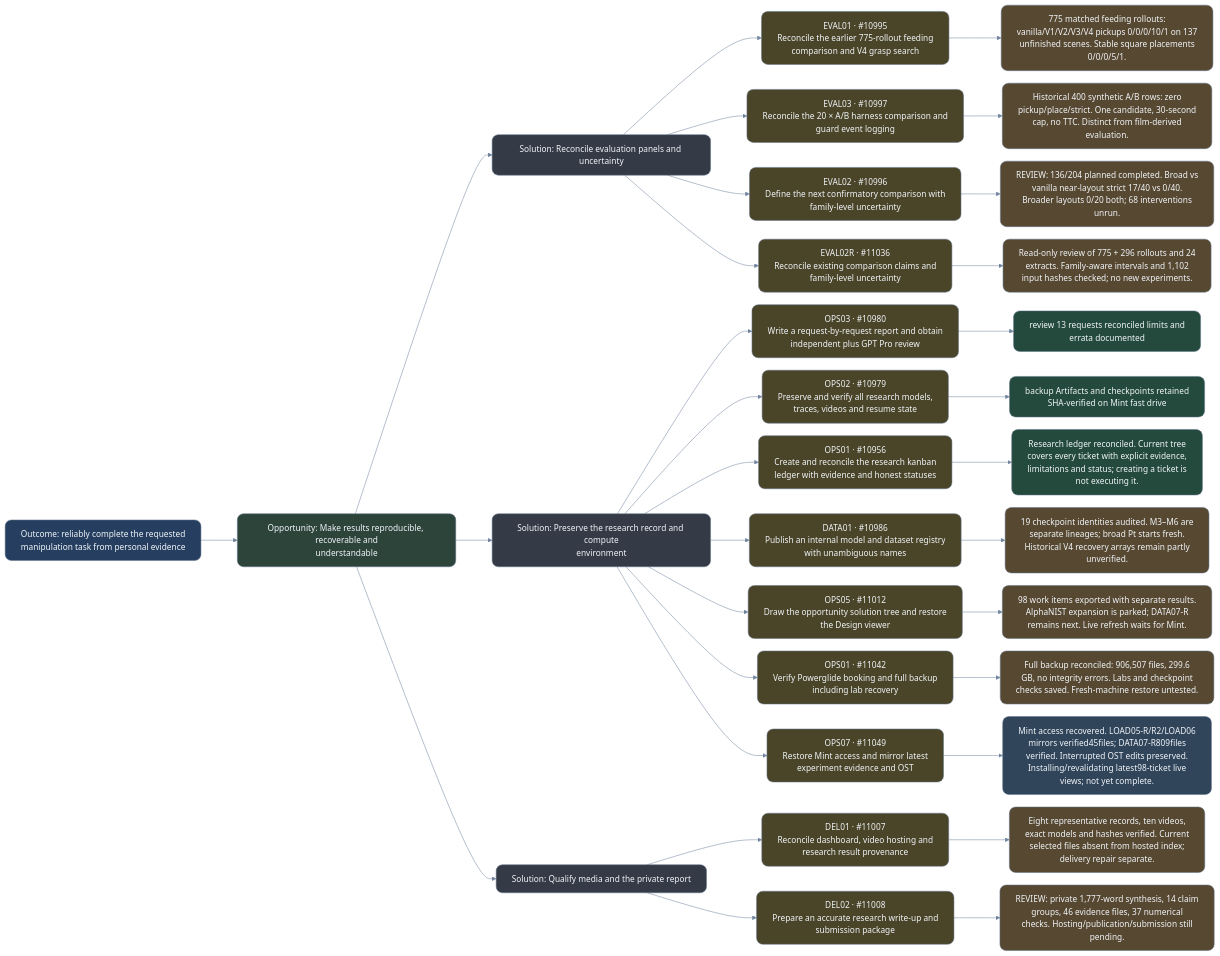
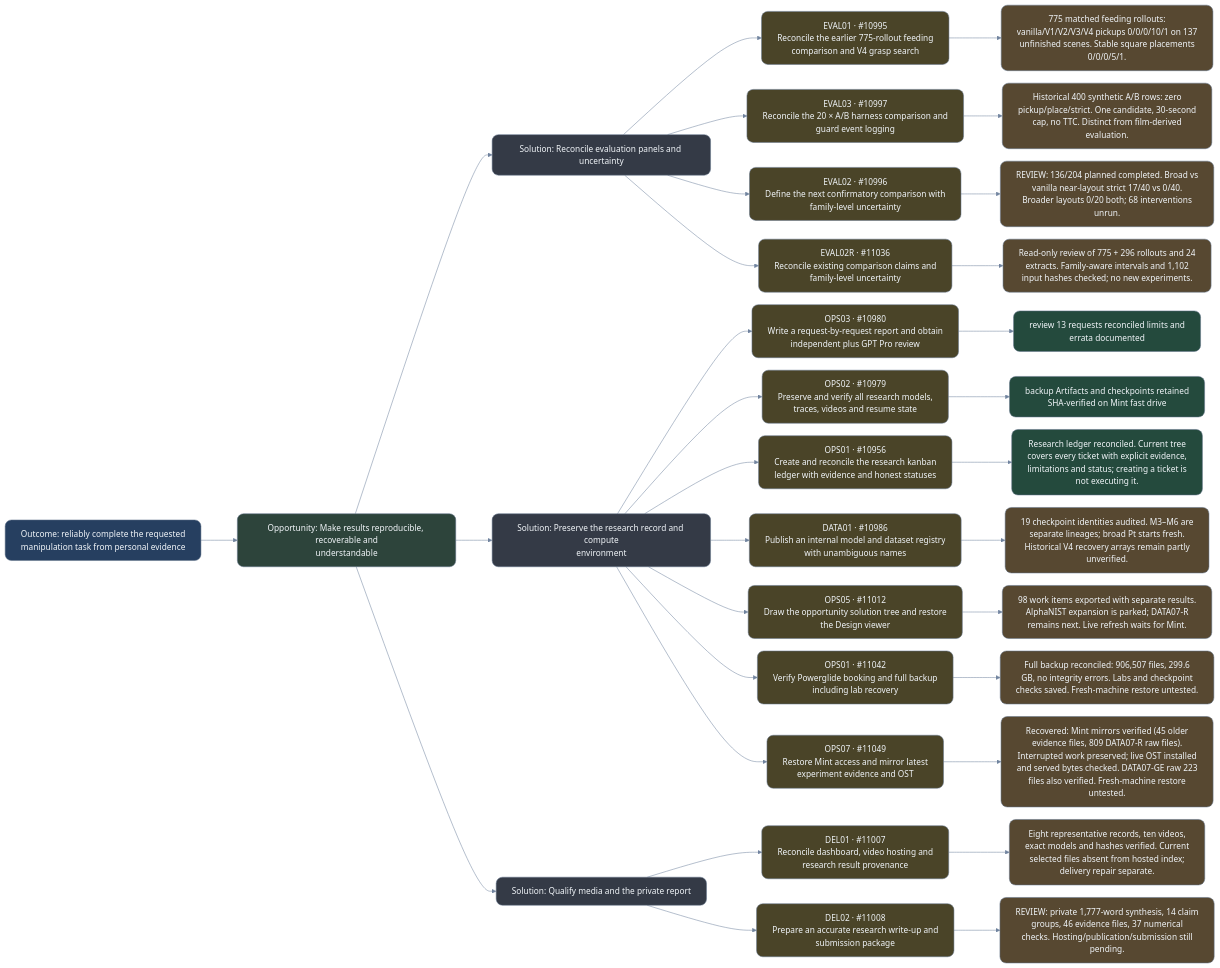
Before and after one commit to NatMota/typhon-robotics: the diagram in experiment-history/2026-10-14-ost/evidence.mmd, drawn with Mermaid. The commit also changed 63 other files, not shown here.

Commit message:
Restore live 99-ticket OST and record qualified negative recovery tests

```diff
--- a/experiment-history/2026-10-14-ost/evidence.mmd
+++ b/experiment-history/2026-10-14-ost/evidence.mmd
@@ -1,86 +1,86 @@
 %%{init: {"theme": "base", "securityLevel": "loose", "fontFamily": "Arial, sans-serif", "fontSize": 18, "markdownAutoWrap": false, "flowchart": {"htmlLabels": false, "curve": "basis", "nodeSpacing": 24, "rankSpacing": 70, "wrappingWidth": 360}, "themeVariables": {"primaryTextColor": "#edf2f7", "lineColor": "#71849f", "background": "#0b1220"}}}%%
 flowchart LR
 OUT["Outcome: reliably complete the requested<br/>manipulation task from personal evidence"]:::outcome
 O_evidence["Opportunity: Make results reproducible, recoverable and<br/>understandable"]:::opportunity
 OUT --> O_evidence
 O_evidence_S0["Solution: Reconcile evaluation panels and uncertainty"]:::solution
 O_evidence --> O_evidence_S0
 T10995["EVAL01 · #10995<br/>Reconcile the earlier 775-rollout feeding<br/>comparison and V4 grasp search"]:::experiment
 O_evidence_S0 --> T10995
 R10995["775 matched feeding rollouts:<br/>vanilla/V1/V2/V3/V4 pickups 0/0/0/10/1 on 137<br/>unfinished scenes. Stable square placements<br/>0/0/0/5/1."]:::mixed
 T10995 --> R10995
 click T10995 "http://127.0.0.1:4001/?project=typhon-research#ticket=10995" "Open research ticket" _blank
 T10997["EVAL03 · #10997<br/>Reconcile the 20 × A/B harness comparison and<br/>guard event logging"]:::experiment
 O_evidence_S0 --> T10997
 R10997["Historical 400 synthetic A/B rows: zero<br/>pickup/place/strict. One candidate, 30-second<br/>cap, no TTC. Distinct from film-derived<br/>evaluation."]:::mixed
 T10997 --> R10997
 click T10997 "http://127.0.0.1:4001/?project=typhon-research#ticket=10997" "Open research ticket" _blank
 T10996["EVAL02 · #10996<br/>Define the next confirmatory comparison with<br/>family-level uncertainty"]:::experiment
 O_evidence_S0 --> T10996
 R10996["REVIEW: 136/204 planned completed. Broad vs<br/>vanilla near-layout strict 17/40 vs 0/40.<br/>Broader layouts 0/20 both; 68 interventions<br/>unrun."]:::mixed
 T10996 --> R10996
 click T10996 "http://127.0.0.1:4001/?project=typhon-research#ticket=10996" "Open research ticket" _blank
 T11036["EVAL02R · #11036<br/>Reconcile existing comparison claims and<br/>family-level uncertainty"]:::experiment
 O_evidence_S0 --> T11036
 R11036["Read-only review of 775 + 296 rollouts and 24<br/>extracts. Family-aware intervals and 1,102<br/>input hashes checked; no new experiments."]:::mixed
 T11036 --> R11036
 click T11036 "http://127.0.0.1:4001/?project=typhon-research#ticket=11036" "Open research ticket" _blank
 O_evidence_S1["Solution: Preserve the research record and compute<br/>environment"]:::solution
 O_evidence --> O_evidence_S1
 T10980["OPS03 · #10980<br/>Write a request-by-request report and obtain<br/>independent plus GPT Pro review"]:::experiment
 O_evidence_S1 --> T10980
 R10980["review 13 requests reconciled limits and<br/>errata documented"]:::evidence
 T10980 --> R10980
 click T10980 "http://127.0.0.1:4001/?project=typhon-research#ticket=10980" "Open research ticket" _blank
 T10979["OPS02 · #10979<br/>Preserve and verify all research models,<br/>traces, videos and resume state"]:::experiment
 O_evidence_S1 --> T10979
 R10979["backup Artifacts and checkpoints retained<br/>SHA-verified on Mint fast drive"]:::evidence
 T10979 --> R10979
 click T10979 "http://127.0.0.1:4001/?project=typhon-research#ticket=10979" "Open research ticket" _blank
 T10956["OPS01 · #10956<br/>Create and reconcile the research kanban<br/>ledger with evidence and honest statuses"]:::experiment
 O_evidence_S1 --> T10956
 R10956["Research ledger reconciled. Current tree<br/>covers every ticket with explicit evidence,<br/>limitations and status; creating a ticket is<br/>not executing it."]:::evidence
 T10956 --> R10956
 click T10956 "http://127.0.0.1:4001/?project=typhon-research#ticket=10956" "Open research ticket" _blank
 T10986["DATA01 · #10986<br/>Publish an internal model and dataset registry<br/>with unambiguous names"]:::experiment
 O_evidence_S1 --> T10986
 R10986["19 checkpoint identities audited. M3–M6 are<br/>separate lineages; broad Pt starts fresh.<br/>Historical V4 recovery arrays remain partly<br/>unverified."]:::mixed
 T10986 --> R10986
 click T10986 "http://127.0.0.1:4001/?project=typhon-research#ticket=10986" "Open research ticket" _blank
 T11012["OPS05 · #11012<br/>Draw the opportunity solution tree and restore<br/>the Design viewer"]:::experiment
 O_evidence_S1 --> T11012
 R11012["98 work items exported with separate results.<br/>AlphaNIST expansion is parked; DATA07-R<br/>remains next. Live refresh waits for Mint."]:::mixed
 T11012 --> R11012
 click T11012 "http://127.0.0.1:4001/?project=typhon-research#ticket=11012" "Open research ticket" _blank
 T11042["OPS01 · #11042<br/>Verify Powerglide booking and full backup<br/>including lab recovery"]:::experiment
 O_evidence_S1 --> T11042
 R11042["Full backup reconciled: 906,507 files, 299.6<br/>GB, no integrity errors. Labs and checkpoint<br/>checks saved. Fresh-machine restore untested."]:::mixed
 T11042 --> R11042
 click T11042 "http://127.0.0.1:4001/?project=typhon-research#ticket=11042" "Open research ticket" _blank
 T11049["OPS07 · #11049<br/>Restore Mint access and mirror latest<br/>experiment evidence and OST"]:::experiment
 O_evidence_S1 --> T11049
-R11049["Mint access recovered. LOAD05-R/R2/LOAD06<br/>mirrors verified45files; DATA07-R809files<br/>verified. Interrupted OST edits preserved.<br/>Installing/revalidating latest98-ticket live<br/>views; not yet complete."]:::pending
+R11049["Recovered: Mint mirrors verified (45 older<br/>evidence files, 809 DATA07-R raw files).<br/>Interrupted work preserved; live OST installed<br/>and served bytes checked. DATA07-GE raw 223<br/>files also verified. Fresh-machine restore<br/>untested."]:::mixed
 T11049 --> R11049
 click T11049 "http://127.0.0.1:4001/?project=typhon-research#ticket=11049" "Open research ticket" _blank
 O_evidence_S2["Solution: Qualify media and the private report"]:::solution
 O_evidence --> O_evidence_S2
 T11007["DEL01 · #11007<br/>Reconcile dashboard, video hosting and<br/>research result provenance"]:::experiment
 O_evidence_S2 --> T11007
 R11007["Eight representative records, ten videos,<br/>exact models and hashes verified. Current<br/>selected files absent from hosted index;<br/>delivery repair separate."]:::mixed
 T11007 --> R11007
 click T11007 "http://127.0.0.1:4001/?project=typhon-research#ticket=11007" "Open research ticket" _blank
 T11008["DEL02 · #11008<br/>Prepare an accurate research write-up and<br/>submission package"]:::experiment
 O_evidence_S2 --> T11008
 R11008["REVIEW: private 1,777-word synthesis, 14 claim<br/>groups, 46 evidence files, 37 numerical<br/>checks. Hosting/publication/submission still<br/>pending."]:::mixed
 T11008 --> R11008
 click T11008 "http://127.0.0.1:4001/?project=typhon-research#ticket=11008" "Open research ticket" _blank
 classDef outcome fill:#263f60,stroke:#64748b,color:#f1f5f9,rx:12,ry:12;
 classDef opportunity fill:#2d443b,stroke:#64748b,color:#f1f5f9,rx:12,ry:12;
 classDef solution fill:#343a46,stroke:#64748b,color:#f1f5f9,rx:12,ry:12;
 classDef experiment fill:#4a4428,stroke:#64748b,color:#f1f5f9,rx:12,ry:12;
 classDef evidence fill:#244a3d,stroke:#64748b,color:#f1f5f9,rx:12,ry:12;
 classDef mixed fill:#574831,stroke:#64748b,color:#f1f5f9,rx:12,ry:12;
 classDef negative fill:#56343c,stroke:#64748b,color:#f1f5f9,rx:12,ry:12;
 classDef pending fill:#30445a,stroke:#64748b,color:#f1f5f9,rx:12,ry:12;
 classDef blocked fill:#4e374f,stroke:#64748b,color:#f1f5f9,rx:12,ry:12;
 classDef parked fill:#373b42,stroke:#64748b,color:#f1f5f9,rx:12,ry:12;
```
